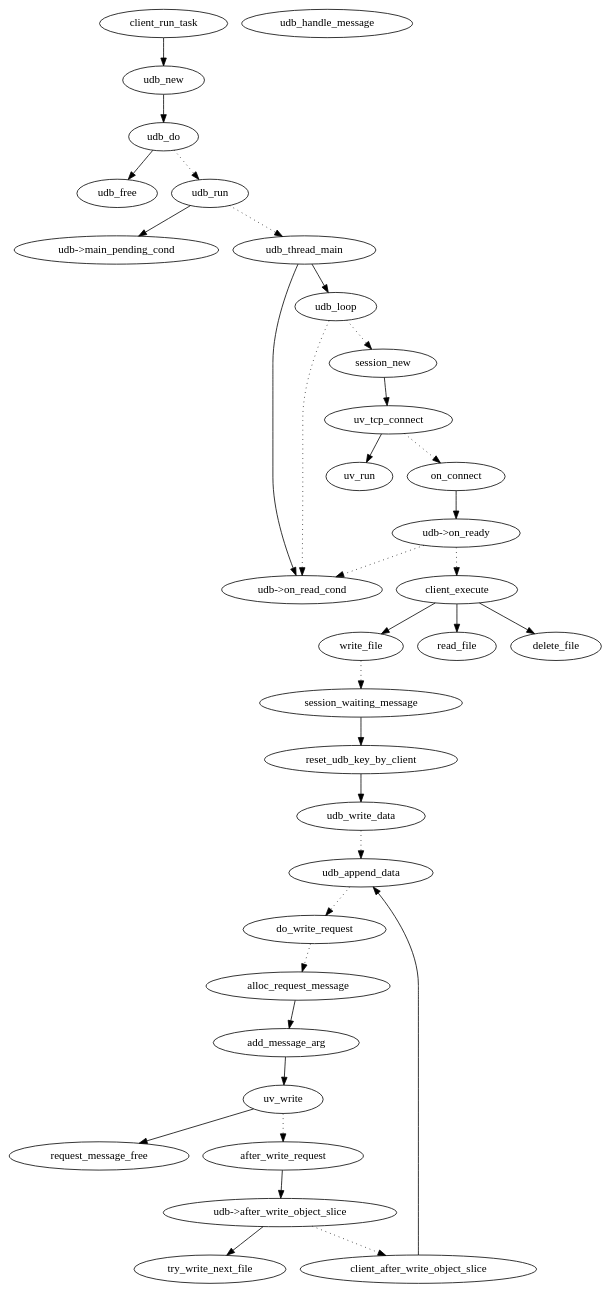
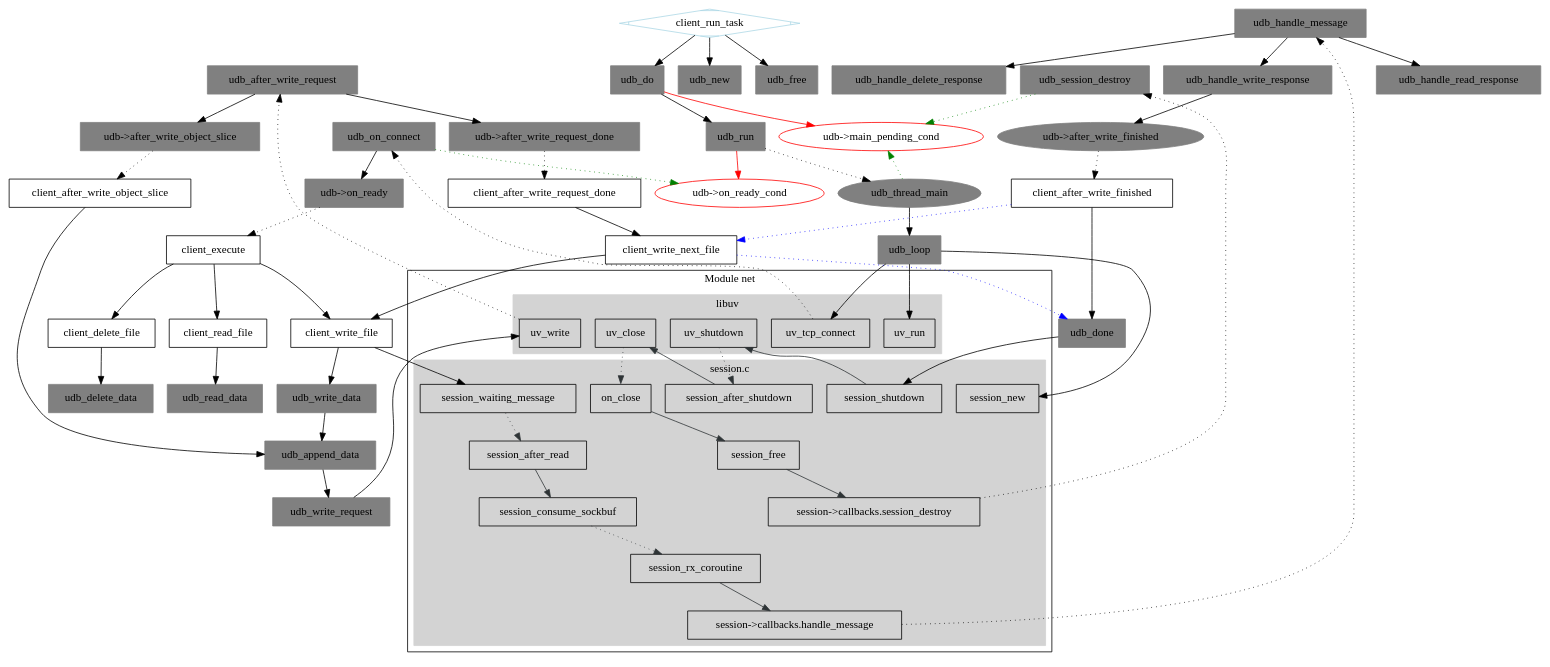
The diagram in client.dot (uukuguy/legolas), drawn with Graphviz before and after one commit. The commit also changed 19 other files, not shown here.

Commit message:
Make server.dot & client.dot by graphviz

```diff
--- a/client.dot
+++ b/client.dot
@@ -1,65 +1,261 @@
 digraph client {
-    client_run_task;
-    udb_new;
-    udb_do;
-    udb_free;
 
-    client_run_task -> udb_new -> udb_do -> udb_free;
+    node [ shape=box ];
 
-    udb_run;
-    udb_main_pending_cond [label="udb->main_pending_cond"];
 
-    udb_do -> udb_run [style=dotted];
-    udb_run -> udb_main_pending_cond;
+    subgraph cluster_net {
+        label = "Module net";
 
-    udb_thread_main;
-    udb_on_ready_cond [label="udb->on_read_cond"];
+        subgraph cluster_libuv {
+            //node [color=lightgray];
+            color = lightgray;
+            style = filled;
+            label = "libuv";
+            edge [color="#2e3436"];
+            rankdir=TB;
 
-    udb_run -> udb_thread_main [style=dotted];
-    udb_thread_main -> udb_on_ready_cond;
+            uv_tcp_connect;
+            uv_run;
+            uv_write;
+            uv_shutdown;
+            uv_close;
+        }
 
-    udb_loop;
-    udb_thread_main -> udb_loop;
-    udb_loop -> udb_on_ready_cond[style=dotted];
+        //subgraph cluster_message_c {
+            ////node [color=lightgray];
+            //color = lightgray;
+            //style = filled;
+            //label = "message.c";
+            //edge [color="#2e3436"];
+            ////rankdir=TB;
 
-    session_new;
-    uv_tcp_connect;
-    uv_run;
+            //alloc_request_message;
+            //request_message_free;
+            //add_message_arg;
+        //}
 
-    udb_loop -> session_new[style=dotted];
-    session_new -> uv_tcp_connect -> uv_run;
+        subgraph cluster_session_c {
+            //node [color=lightgray];
+            color = lightgray;
+            style = filled;
+            label = "session.c";
+            edge [color="#2e3436"];
+            //rankdir=TB;
 
-    on_connect;
-    udb_on_ready [label="udb->on_ready"];
+            session_new;
+            session_free;
+            session_shutdown;
+            session_after_shutdown;
+            on_close;
+            session_destroy [label="session->callbacks.session_destroy"];
 
-    uv_tcp_connect -> on_connect[style=dotted];
-    on_connect -> udb_on_ready;
-    udb_on_ready -> udb_on_ready_cond[style=dotted];
 
-    udb_handle_message;
+            uv_close -> on_close:n [style=dotted];
+            on_close -> session_free;
+            session_free -> session_destroy;
 
-    client_execute;
+            session_waiting_message;
+            session_after_read;
+            session_consume_sockbuf;
+            session_rx_coroutine;
+            session_handle_message [label="session->callbacks.handle_message"];
+
+            session_waiting_message -> session_after_read [style=dotted];
+            session_after_read -> session_consume_sockbuf;
+            session_consume_sockbuf -> session_rx_coroutine [style=dotted];
+            session_rx_coroutine -> session_handle_message;
+
+            session_shutdown -> uv_shutdown;
+            uv_shutdown -> session_after_shutdown [style=dotted];
+            session_after_shutdown -> uv_close;
+        }
+
+    }
+    //subgraph cluster_udb_c {
+        //node [];
+        //color = lightgray;
+        //style = filled;
+        //label = "udb.c";
+        //edge [color="#2e3436"];
+        //rankdir=TB;
+
+        //node[color=Gray, style=filled];
+
+
+        udb_new [color=Gray, style=filled];
+        udb_do [color=Gray, style=filled];
+        udb_done [color=Gray, style=filled];
+        udb_free [color=Gray, style=filled];
+        udb_run [color=Gray, style=filled];
+        udb_loop [color=Gray, style=filled];
+        udb_handle_message [color=Gray, style=filled];
+        udb_on_connect [color=Gray, style=filled];
+
+        udb_write_data [color=Gray, style=filled];
+        udb_append_data [color=Gray, style=filled];
+        udb_write_request [color=Gray, style=filled];
+        udb_after_write_request [color=Gray, style=filled];
+        udb_session_destroy [color=Gray, style=filled];
+
+        udb_handle_write_response [color=Gray, style=filled];
+        udb_handle_read_response [color=Gray, style=filled];
+        udb_handle_delete_response [color=Gray, style=filled];
+
+        udb_thread_main [shape=ellipse, color=Gray, style=filled, linecolor=blue];
+        udb_on_ready [label="udb->on_ready", color=Gray, style=filled];
+        udb_after_write_finished [label="udb->after_write_finished", shape=ellipse, color=Gray, style=filled];
+        udb_after_write_object_slice [label="udb->after_write_object_slice", color=Gray, style=filled];
+        udb_after_write_request_done [label="udb->after_write_request_done", color=Gray, style=filled];
+        udb_main_pending_cond [label="udb->main_pending_cond" shape=ellipse color=Red];
+        udb_on_ready_cond [label="udb->on_ready_cond" shape=ellipse color=Red];
+
+
+
+        udb_do -> udb_run;
+        udb_do -> udb_main_pending_cond [color=Red];
+
+        udb_run -> udb_thread_main [style=dotted]; 
+        udb_run -> udb_on_ready_cond [color=Red];
+
+        udb_thread_main -> udb_loop;
+        udb_thread_main -> udb_main_pending_cond[style=dotted, color=Green];
+
+        udb_loop -> session_new;
+        udb_loop -> uv_tcp_connect;
+        udb_loop -> uv_run;
+
+        uv_tcp_connect -> udb_on_connect[style=dotted];
+        udb_on_connect -> udb_on_ready;
+        udb_on_connect -> udb_on_ready_cond[style=dotted, color=Green];
+
+        udb_write_data -> udb_append_data;
+
+        udb_append_data -> udb_write_request;
+
+        //udb_write_request -> alloc_request_message;
+        //udb_write_request -> add_message_arg;
+        udb_write_request -> uv_write
+        //udb_write_request -> request_message_free;
+
+        uv_write -> udb_after_write_request [style=dotted];
+        udb_after_write_request -> udb_after_write_object_slice;
+        udb_after_write_request -> udb_after_write_request_done;
+
+
+        udb_handle_message -> udb_handle_write_response;
+        udb_handle_message -> udb_handle_read_response;
+        udb_handle_message -> udb_handle_delete_response;
+
+        udb_handle_write_response -> udb_after_write_finished;
+
+
+        udb_done -> session_shutdown;
+
+
+        session_destroy -> udb_session_destroy [style=dotted];
+        udb_session_destroy -> udb_main_pending_cond [style=dotted, color=Green];
+
+        session_handle_message -> udb_handle_message [style=dotted];
+
+        //subgraph cluster_udb_read_data {
+            //color = lightgray;
+            //label = "udb_read_data";
+
+            udb_read_data [color=Gray, style=filled];
+            //udb_read_request [color=Gray, style=filled];
+            //udb_after_read_request [color=Gray, style=filled];
+
+            //udb_read_data -> udb_read_request;
+            ////udb_read_request -> alloc_request_message;
+            ////udb_read_request -> add_message_arg;
+            //udb_read_request -> uv_write;
+            ////udb_read_request -> request_message_free;
+
+            //uv_write -> udb_after_read_request [style=dotted];
+            //udb_after_read_request -> session_waiting_message;
+        //}
+
+        //subgraph cluster_udb_delete_data {
+            //color = lightgray;
+            //label = "udb_delete_data";
+
+            udb_delete_data [color=Gray, style=filled];
+            //udb_delete_request [color=Gray, style=filled];
+            //udb_after_delete_request [color=Gray, style=filled];
+
+            //udb_delete_data -> udb_delete_request;
+            ////udb_delete_request -> alloc_request_message;
+            ////udb_delete_request -> add_message_arg;
+            //udb_delete_request -> uv_write;
+            ////udb_delete_request -> request_message_free;
+
+            //uv_write -> udb_after_delete_request [style=dotted];
+            //udb_after_delete_request -> session_waiting_message;
+        //}
+
+        //{rank=same;udb_write_data;udb_read_data;udb_delete_data};
+        //{rank=same;udb_after_write_request;udb_after_read_request;udb_after_delete_request};
+
+    //}
+
+    //subgraph cluster_client_c {
+        //node [];
+        //color = lightgray;
+        //style = filled;
+        //label = "client.c";
+        //edge [color="#2e3436"];
+        //rankdir=TB;
+
+        //node[color=lightblue, style=filled];
+
+        client_run_task [shape=Mdiamond, color=lightblue];
+
+        client_after_write_object_slice;
+
+        client_write_next_file;
+
+        client_after_write_finished;
+
+            client_execute;
+            client_write_file;
+            client_read_file;
+            client_delete_file;
+
+            client_execute -> client_write_file;
+            client_execute -> client_read_file;
+            client_execute -> client_delete_file;
+
+            client_write_file -> udb_write_data;
+            client_read_file -> udb_read_data;
+            client_delete_file -> udb_delete_data;
+
+        client_write_file -> session_waiting_message; 
+
+        {rank=same;client_write_file;client_read_file;client_delete_file};
+    //}
+
+
+
+    {rank=same;udb_run;udb_main_pending_cond};
+
+    client_run_task -> udb_new;
+    client_run_task -> udb_do;
+    client_run_task -> udb_free;
 
     udb_on_ready -> client_execute[style=dotted];
-    client_execute -> write_file;
-    client_execute -> read_file;
-    client_execute -> delete_file;
-
-    write_file -> session_waiting_message [style=dotted];
-    session_waiting_message -> reset_udb_key_by_client -> udb_write_data;
-
-    udb_write_data -> udb_append_data [style=dotted];
-
-    udb_append_data -> do_write_request [style=dotted];
-
-    do_write_request -> alloc_request_message [style=dotted];
-    alloc_request_message -> add_message_arg -> uv_write -> request_message_free;
-
-    udb_after_write_object_slice [label="udb->after_write_object_slice"];
-    uv_write -> after_write_request [style=dotted];
-    after_write_request -> udb_after_write_object_slice -> try_write_next_file;
 
     udb_after_write_object_slice -> client_after_write_object_slice [style=dotted];
     client_after_write_object_slice -> udb_append_data;
 
+    udb_after_write_request_done -> client_after_write_request_done [style=dotted];
+    client_after_write_request_done -> client_write_next_file;
+
+    client_write_next_file -> client_write_file;
+    client_write_next_file -> udb_done [style=dotted, color=Blue];
+
+
+    udb_after_write_finished -> client_after_write_finished [style=dotted];
+
+    client_after_write_finished -> udb_done;
+    client_after_write_finished -> client_write_next_file [style=dotted, color=Blue];
 }
```
